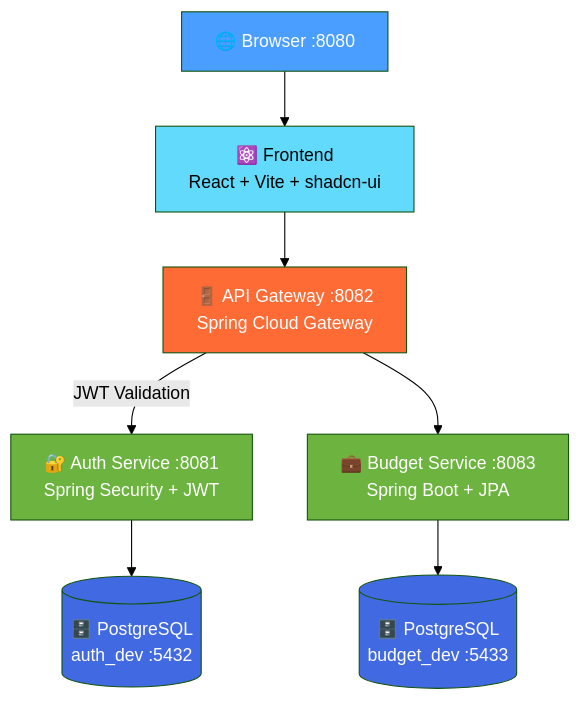
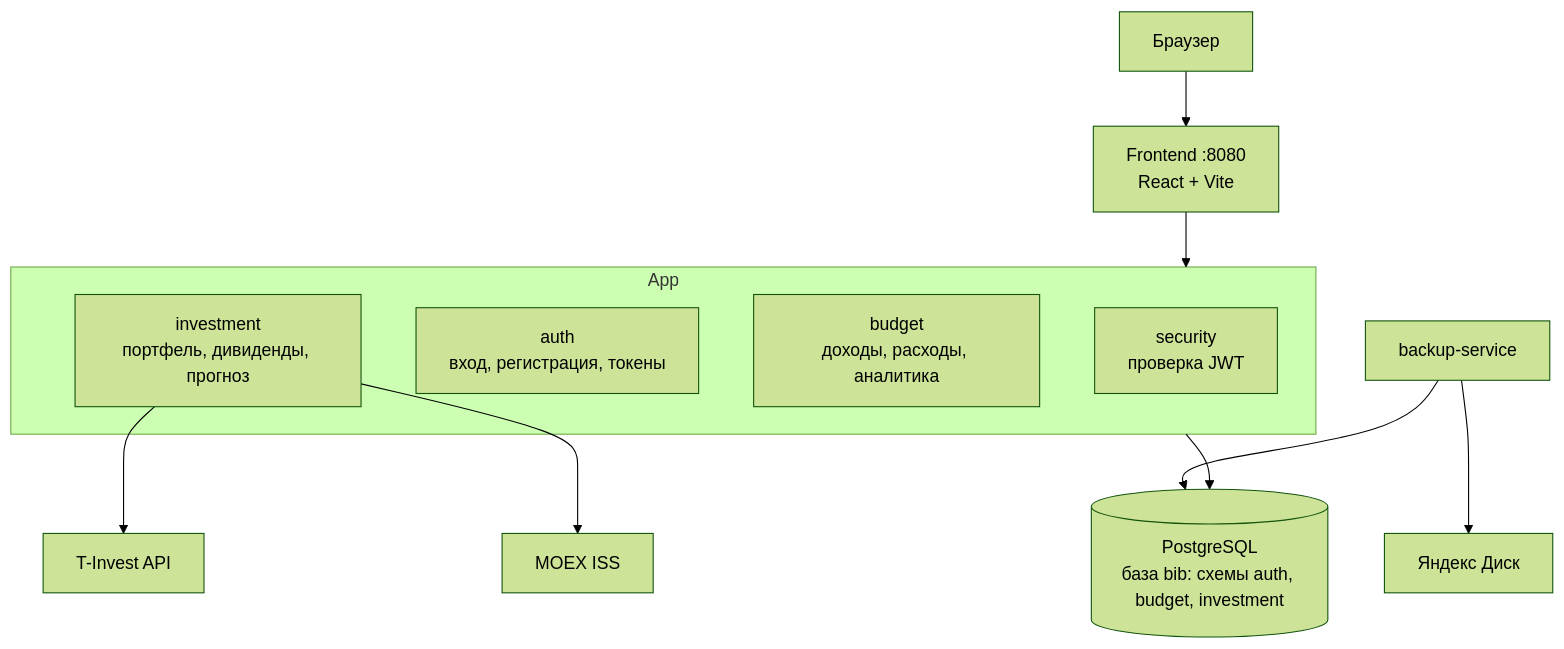
One commit to lopatuxin/budget-invest-bloom-monorepo changed the diagram in README.md. Above: the diagram before and after it, drawn with Mermaid (forest theme). The commit also changed other lines of this file and 184 other files, not shown here.

````diff
--- a/README.md
+++ b/README.md
@@ -22,17 +22,16 @@
 ```mermaid
 graph TB
-    Client[🌐 Browser :8080] --> Frontend[⚛️ Frontend<br/>React + Vite + shadcn-ui]
-    Frontend --> Gateway[🚪 API Gateway :8082<br/>Spring Cloud Gateway]
-    Gateway -->|JWT Validation| Auth[🔐 Auth Service :8081<br/>Spring Security + JWT]
-    Gateway --> Budget[💼 Budget Service :8083<br/>Spring Boot + JPA]
-    Auth --> AuthDB[(🗄️ PostgreSQL<br/>auth_dev :5432)]
-    Budget --> BudgetDB[(🗄️ PostgreSQL<br/>budget_dev :5433)]
-
-    style Client fill:#4a9eff,color:#fff
-    style Frontend fill:#61dafb,color:#000
-    style Gateway fill:#ff6b35,color:#fff
-    style Auth fill:#6db33f,color:#fff
-    style Budget fill:#6db33f,color:#fff
-    style AuthDB fill:#4169e1,color:#fff
-    style BudgetDB fill:#4169e1,color:#fff
+    Browser[Браузер] --> Frontend[Frontend :8080<br/>React + Vite]
+    Frontend --> App[App :8082<br/>Spring Boot]
+    subgraph App
+        Security[security<br/>проверка JWT]
+        Auth[auth<br/>вход, регистрация, токены]
+        Budget[budget<br/>доходы, расходы, аналитика]
+        Investment[investment<br/>портфель, дивиденды, прогноз]
+    end
+    App --> DB[(PostgreSQL<br/>база bib: схемы auth, budget, investment)]
+    Investment --> MOEX[MOEX ISS]
+    Investment --> TInvest[T-Invest API]
+    Backup[backup-service] --> DB
+    Backup --> YaDisk[Яндекс Диск]
 ```
````
